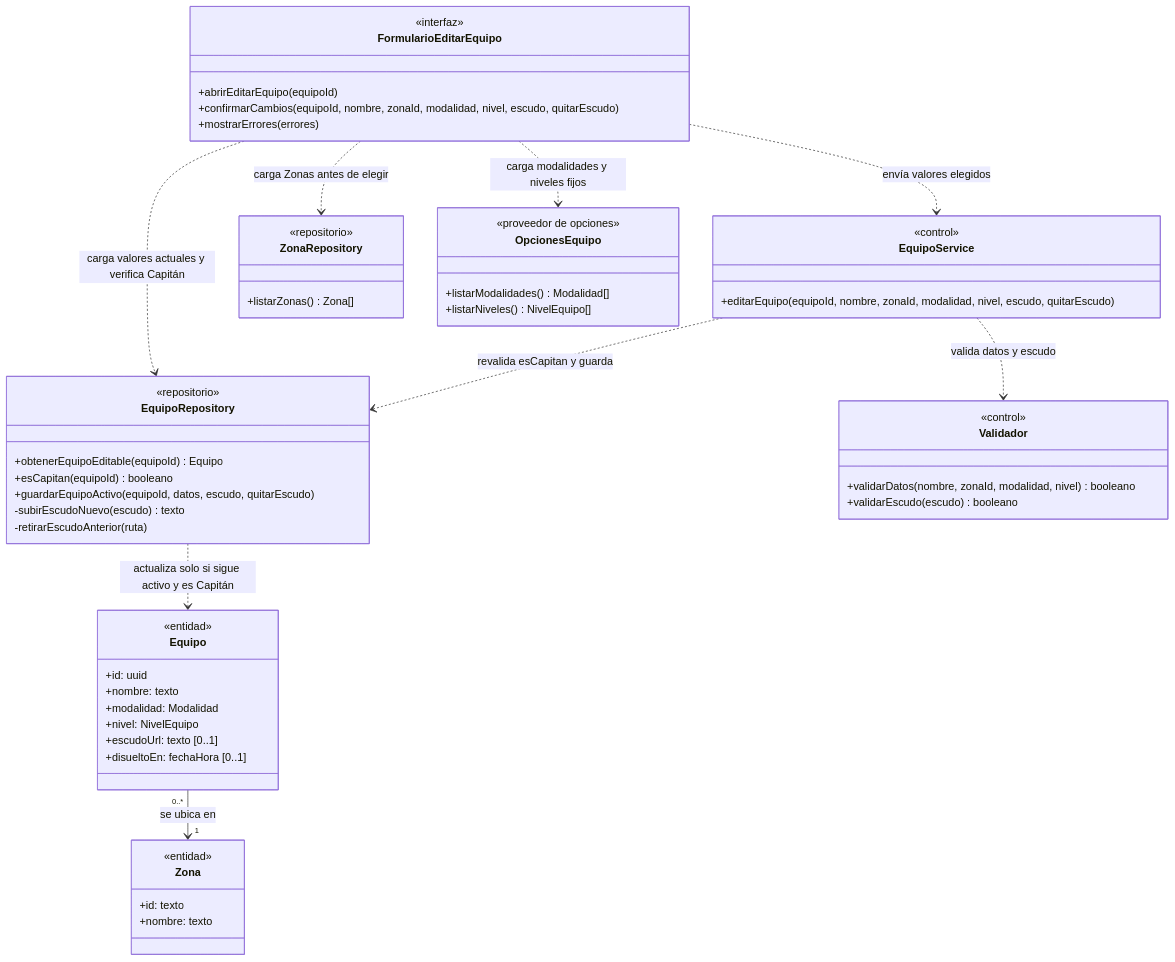
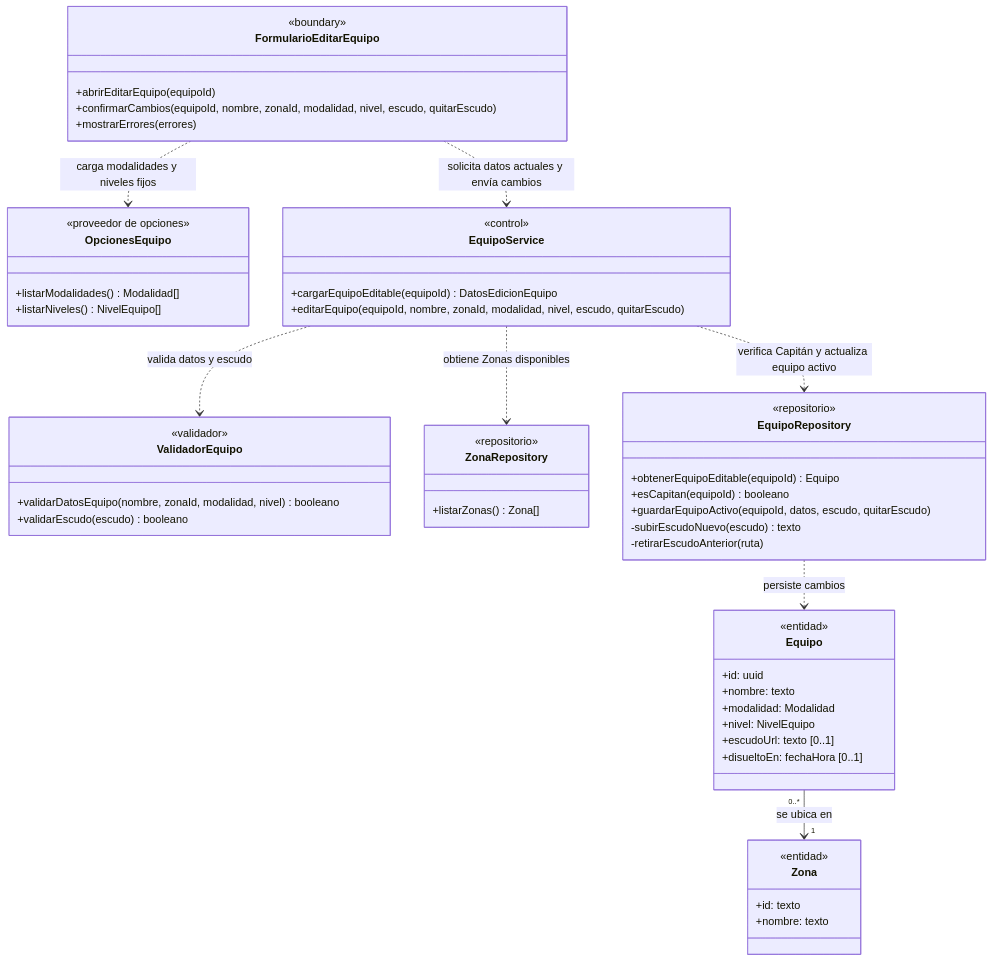
One commit to nicqletal/torneos-scraper changed the sixth of 11 diagrams in docs/diagramas-de-clase/equipos.md. Above: the diagram before and after it, drawn with Mermaid. The commit also changed other lines of this file and 12 other files, not shown here.

Commit message:
Correcion Diagramas de Clase

````diff
--- a/docs/diagramas-de-clase/equipos.md
+++ b/docs/diagramas-de-clase/equipos.md
@@ -493,58 +404,58 @@
 ```mermaid
 classDiagram
 direction TB
 class FormularioEditarEquipo {
-  <<interfaz>>
+  <<boundary>>
   +abrirEditarEquipo(equipoId)
   +confirmarCambios(equipoId, nombre, zonaId, modalidad, nivel, escudo, quitarEscudo)
   +mostrarErrores(errores)
-}
-class ZonaRepository {
-  <<repositorio>>
-  +listarZonas() Zona[]
 }
 class OpcionesEquipo {
   <<proveedor de opciones>>
   +listarModalidades() Modalidad[]
   +listarNiveles() NivelEquipo[]
 }
 class EquipoService {
   <<control>>
+  +cargarEquipoEditable(equipoId) DatosEdicionEquipo
   +editarEquipo(equipoId, nombre, zonaId, modalidad, nivel, escudo, quitarEscudo)
 }
-class Validador {
-  <<control>>
-  +validarDatos(nombre, zonaId, modalidad, nivel) booleano
+class ValidadorEquipo {
+  <<validador>>
+  +validarDatosEquipo(nombre, zonaId, modalidad, nivel) booleano
   +validarEscudo(escudo) booleano
+}
+class ZonaRepository {
+  <<repositorio>>
+  +listarZonas() Zona[]
 }
 class EquipoRepository {
   <<repositorio>>
   +obtenerEquipoEditable(equipoId) Equipo
   +esCapitan(equipoId) booleano
   +guardarEquipoActivo(equipoId, datos, escudo, quitarEscudo)
   -subirEscudoNuevo(escudo) texto
   -retirarEscudoAnterior(ruta)
 }
 class Equipo {
   <<entidad>>
   +id: uuid
   +nombre: texto
   +modalidad: Modalidad
   +nivel: NivelEquipo
   +escudoUrl: texto [0..1]
   +disueltoEn: fechaHora [0..1]
 }
 class Zona {
   <<entidad>>
   +id: texto
   +nombre: texto
 }
-FormularioEditarEquipo ..> EquipoRepository : carga valores actuales y verifica Capitán
-FormularioEditarEquipo ..> ZonaRepository : carga Zonas antes de elegir
 FormularioEditarEquipo ..> OpcionesEquipo : carga modalidades y niveles fijos
-FormularioEditarEquipo ..> EquipoService : envía valores elegidos
-EquipoService ..> EquipoRepository : revalida esCapitan y guarda
-EquipoService ..> Validador : valida datos y escudo
-EquipoRepository ..> Equipo : actualiza solo si sigue activo y es Capitán
+FormularioEditarEquipo ..> EquipoService : solicita datos actuales y envía cambios
+EquipoService ..> ZonaRepository : obtiene Zonas disponibles
+EquipoService ..> ValidadorEquipo : valida datos y escudo
+EquipoService ..> EquipoRepository : verifica Capitán y actualiza equipo activo
+EquipoRepository ..> Equipo : persiste cambios
 Equipo "0..*" --> "1" Zona : se ubica en
 ```
````
